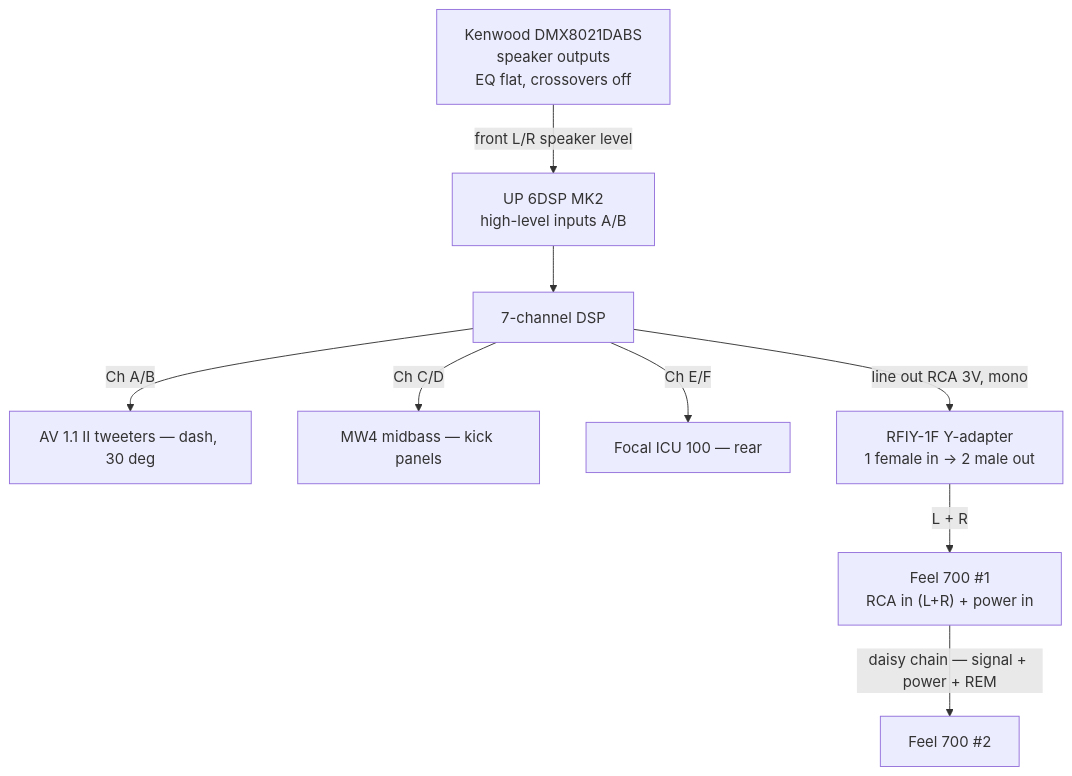
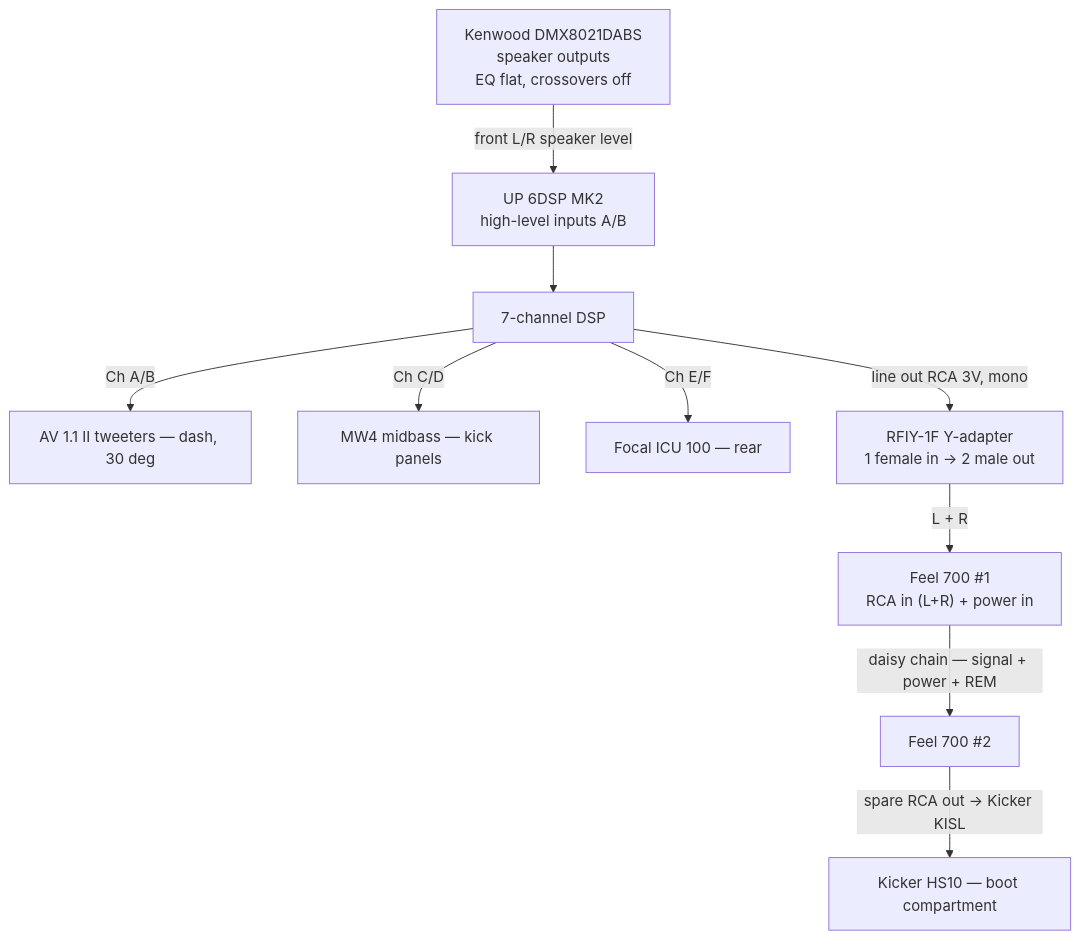
Before and after one commit to badsyntax/jimny-sound: the first of 4 diagrams in AUDIO-UPGRADE.md, drawn with Mermaid. The commit also changed other lines of this file and 2 other files, not shown here.

First line of the commit message:
Add the HS10 to every wiring and signal diagram

````diff
--- a/AUDIO-UPGRADE.md
+++ b/AUDIO-UPGRADE.md
@@ -99,12 +99,13 @@
 ```mermaid
 flowchart TD
     HU["Kenwood DMX8021DABS<br/>speaker outputs<br/>EQ flat, crossovers off"]
     HU -->|"front L/R speaker level"| HLIN["UP 6DSP MK2<br/>high-level inputs A/B"]
     HLIN --> DSP["7-channel DSP"]
     DSP -->|"Ch A/B"| TW["AV 1.1 II tweeters — dash, 30 deg"]
     DSP -->|"Ch C/D"| MID["MW4 midbass — kick panels"]
     DSP -->|"Ch E/F"| REAR["Focal ICU 100 — rear"]
     DSP -->|"line out RCA 3V, mono"| YLEAD["RFIY-1F Y-adapter<br/>1 female in -> 2 male out"]
     YLEAD -->|"L + R"| SUB1["Feel 700 #1<br/>RCA in (L+R) + power in"]
     SUB1 -->|"daisy chain — signal + power + REM"| SUB2["Feel 700 #2"]
+    SUB2 -->|"spare RCA out → Kicker KISL"| HS10["Kicker HS10 — boot compartment"]
 ```
````
